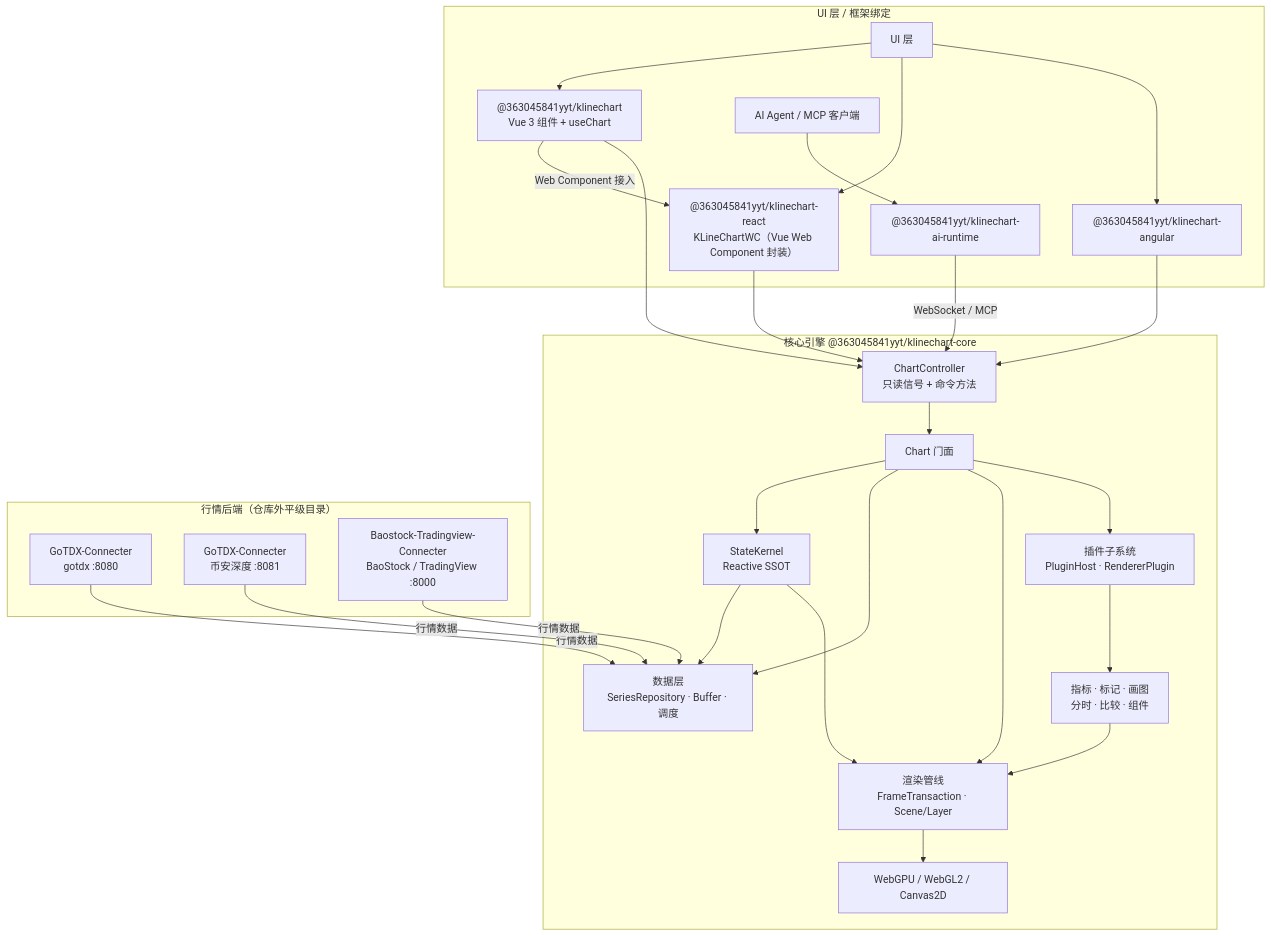
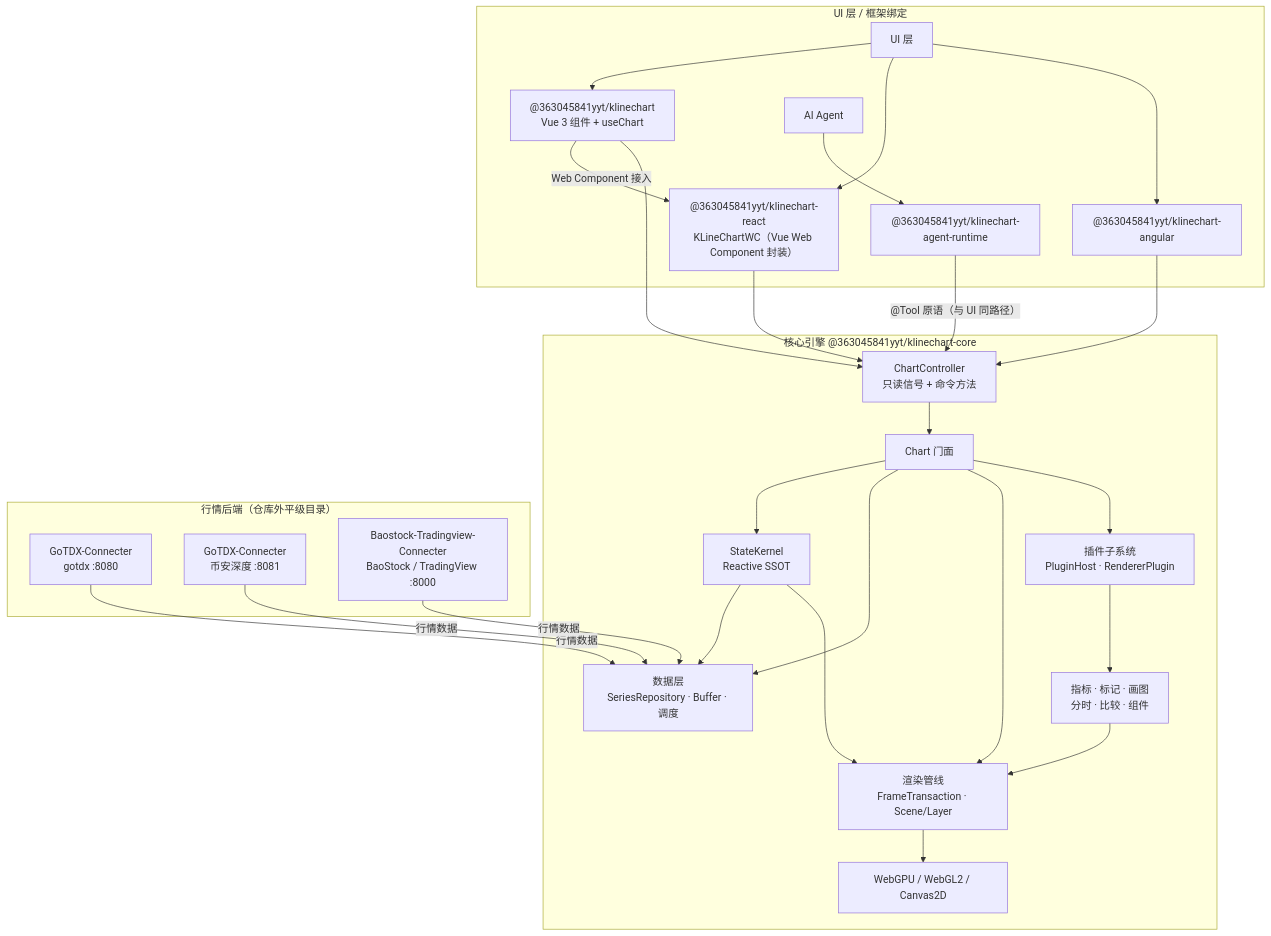
The diagram in README_CN.md (363045841/KLineChartQuant), drawn with Mermaid before and after one commit. The commit also changed other lines of this file and 22 other files, not shown here.

First line of the commit message:
docs(readme): replace legacy MCP docs with AI-Native agent runtime

````diff
--- a/README_CN.md
+++ b/README_CN.md
@@ -75,51 +75,51 @@
 ```mermaid
 flowchart TB
     subgraph app["UI 层 / 框架绑定"]
         UI["UI 层"]
         VuePkg["@363045841yyt/klinechart<br/>Vue 3 组件 + useChart"]
         ReactPkg["@363045841yyt/klinechart-react<br/>KLineChartWC（Vue Web Component 封装）"]
         AngularPkg["@363045841yyt/klinechart-angular"]
-        Agent["AI Agent / MCP 客户端"]
-        AiRt["@363045841yyt/klinechart-ai-runtime"]
+        Agent["AI Agent"]
+        AgentRt["@363045841yyt/klinechart-agent-runtime"]
     end
 
     subgraph core["核心引擎 @363045841yyt/klinechart-core"]
         Ctl["ChartController<br/>只读信号 + 命令方法"]
         Chart["Chart 门面"]
         Kernel["StateKernel<br/>Reactive SSOT"]
         Data["数据层<br/>SeriesRepository · Buffer · 调度"]
         Pipe["渲染管线<br/>FrameTransaction · Scene/Layer"]
         GPU["WebGPU / WebGL2 / Canvas2D"]
         Plugin["插件子系统<br/>PluginHost · RendererPlugin"]
         Biz["指标 · 标记 · 画图<br/>分时 · 比较 · 组件"]
     end
 
     subgraph conn["行情后端（仓库外平级目录）"]
         Go["GoTDX-Connecter<br/>gotdx :8080"]
         Bn["GoTDX-Connecter<br/>币安深度 :8081"]
         Bs["Baostock-Tradingview-Connecter<br/>BaoStock / TradingView :8000"]
     end
 
     UI --> VuePkg
     UI --> ReactPkg
     UI --> AngularPkg
     VuePkg -->|"Web Component 接入"| ReactPkg
-    Agent --> AiRt
+    Agent --> AgentRt
     VuePkg --> Ctl
     ReactPkg --> Ctl
     AngularPkg --> Ctl
-    AiRt -->|WebSocket / MCP| Ctl
+    AgentRt -->|"@Tool 原语（与 UI 同路径）"| Ctl
     Ctl --> Chart
     Chart --> Kernel
     Chart --> Data
     Chart --> Pipe
     Chart --> Plugin
     Plugin --> Biz
     Biz --> Pipe
     Pipe --> GPU
     Go -->|行情数据| Data
     Bn -->|行情数据| Data
     Bs -->|行情数据| Data
     Kernel --> Data
     Kernel --> Pipe
 ```
````
